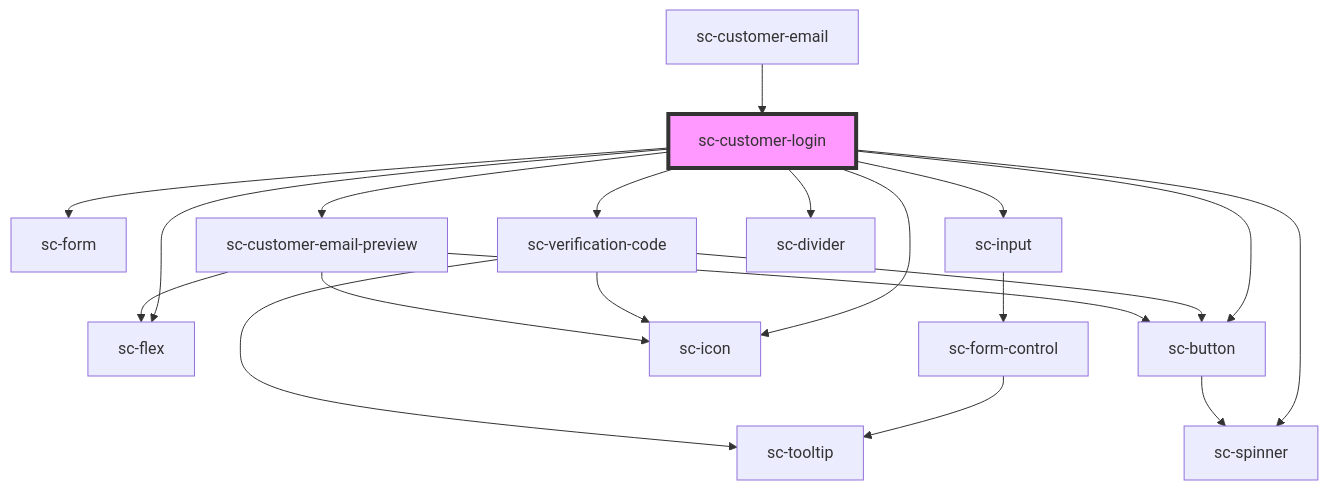
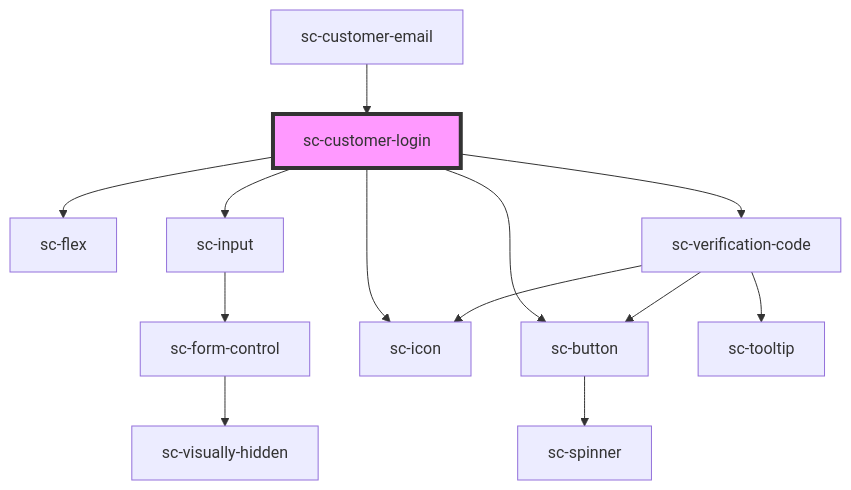
One commit to surecart/surecart-wp-plugin changed the diagram in packages/components/src/components/controllers/checkout-form/customer-login/readme.md. Above: the diagram before and after it, drawn with Mermaid. The commit also changed other lines of this file and 22 other files, not shown here.

````diff
--- a/packages/components/src/components/controllers/checkout-form/customer-login/readme.md
+++ b/packages/components/src/components/controllers/checkout-form/customer-login/readme.md
@@ -41,23 +30,16 @@
 ```mermaid
 graph TD;
-  sc-customer-login --> sc-form
   sc-customer-login --> sc-flex
   sc-customer-login --> sc-input
   sc-customer-login --> sc-button
   sc-customer-login --> sc-icon
   sc-customer-login --> sc-verification-code
-  sc-customer-login --> sc-spinner
-  sc-customer-login --> sc-customer-email-preview
-  sc-customer-login --> sc-divider
   sc-input --> sc-form-control
-  sc-form-control --> sc-tooltip
+  sc-form-control --> sc-visually-hidden
   sc-button --> sc-spinner
   sc-verification-code --> sc-tooltip
   sc-verification-code --> sc-button
   sc-verification-code --> sc-icon
-  sc-customer-email-preview --> sc-flex
-  sc-customer-email-preview --> sc-button
-  sc-customer-email-preview --> sc-icon
   sc-customer-email --> sc-customer-login
   style sc-customer-login fill:#f9f,stroke:#333,stroke-width:4px
 ```
````
